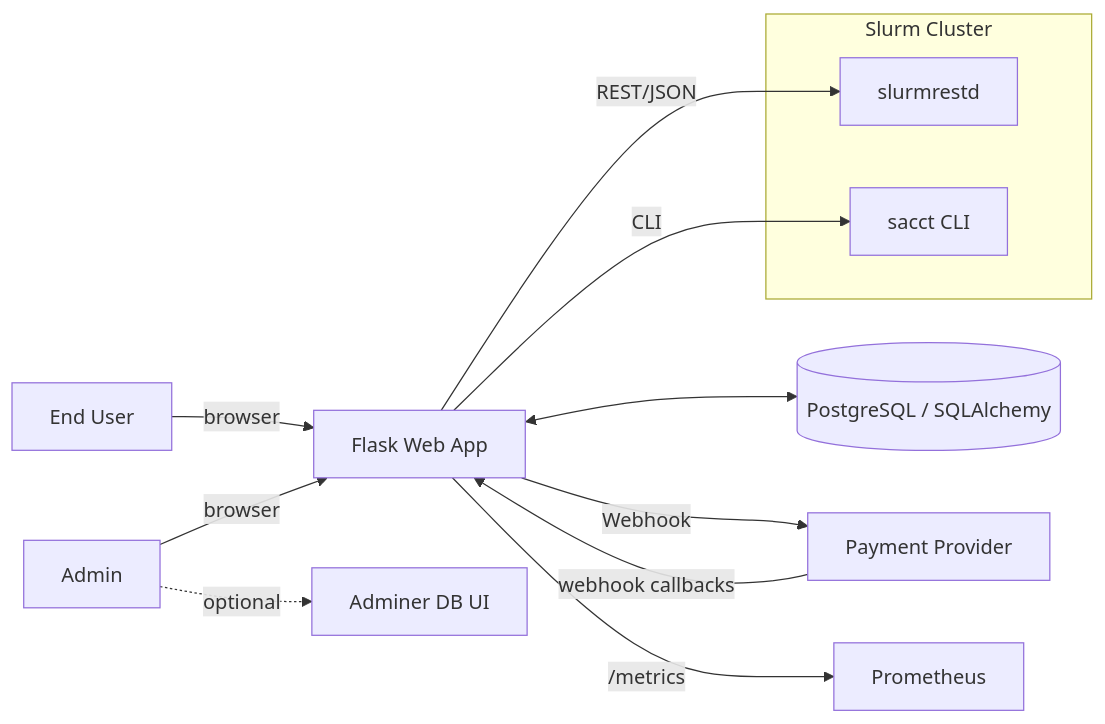
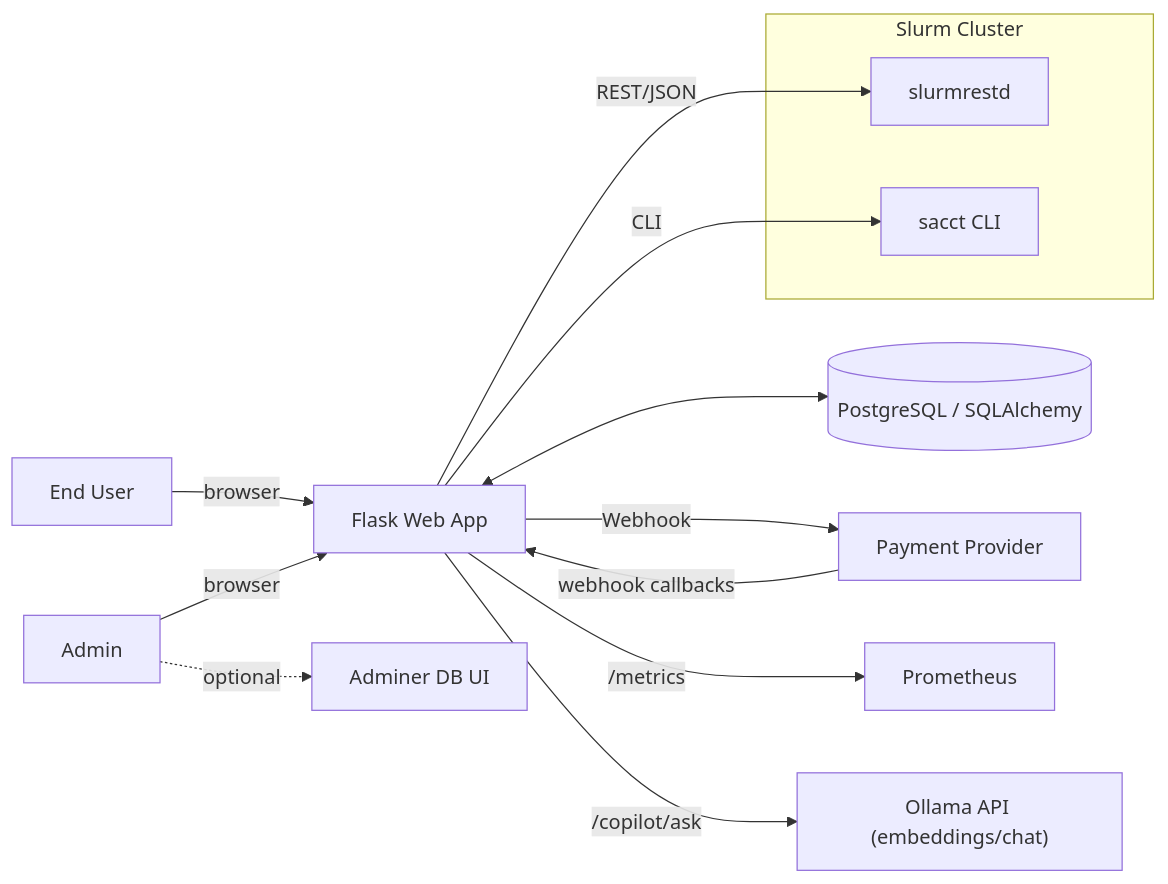
The first of 3 diagrams in docs/index.md (Purinat33/hpc_flask), drawn with Mermaid before and after one commit. The commit also changed other lines of this file and 2 other files, not shown here.

````diff
--- a/docs/index.md
+++ b/docs/index.md
@@ -57,16 +59,18 @@
 ```mermaid
 graph LR
   U[End User] -- browser --> W[Flask Web App]
   A[Admin] -- browser --> W
   subgraph Slurm Cluster
     R[slurmrestd]
     C[sacct CLI]
   end
   W -- REST/JSON --> R
   W -- CLI --> C
   W <--> DB[(PostgreSQL / SQLAlchemy)]
   W -- Webhook --> Pay[Payment Provider]
   Pay -- webhook callbacks --> W
   W -- /metrics --> Prom[Prometheus]
   A -. optional .-> Adm[Adminer DB UI]
+  W -- /copilot/ask --> Oll["Ollama API (embeddings/chat)"]
+
 ```
````
